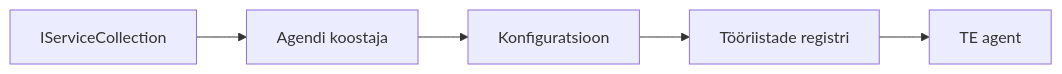
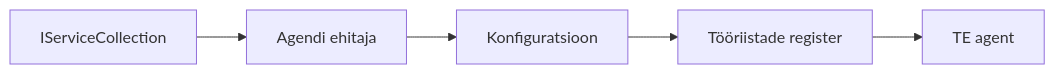
The diagram in translations/et/03-agentic-design-patterns/code_samples/03-dotnet-agent-framework.md (venturemavenwill/azureaifundamentals), drawn with Mermaid before and after one commit. The commit also changed other lines of this file and 2002 other files, not shown here.

````diff
--- a/translations/et/03-agentic-design-patterns/code_samples/03-dotnet-agent-framework.md
+++ b/translations/et/03-agentic-design-patterns/code_samples/03-dotnet-agent-framework.md
@@ -41,7 +41,7 @@
 ```mermaid
 graph LR
-    A[IServiceCollection] --> B[Agendi koostaja]
+    A[IServiceCollection] --> B[Agendi ehitaja]
     B --> C[Konfiguratsioon]
-    C --> D[Tööriistade registri]
+    C --> D[Tööriistade register]
     D --> E[TE agent]
 ```
````
